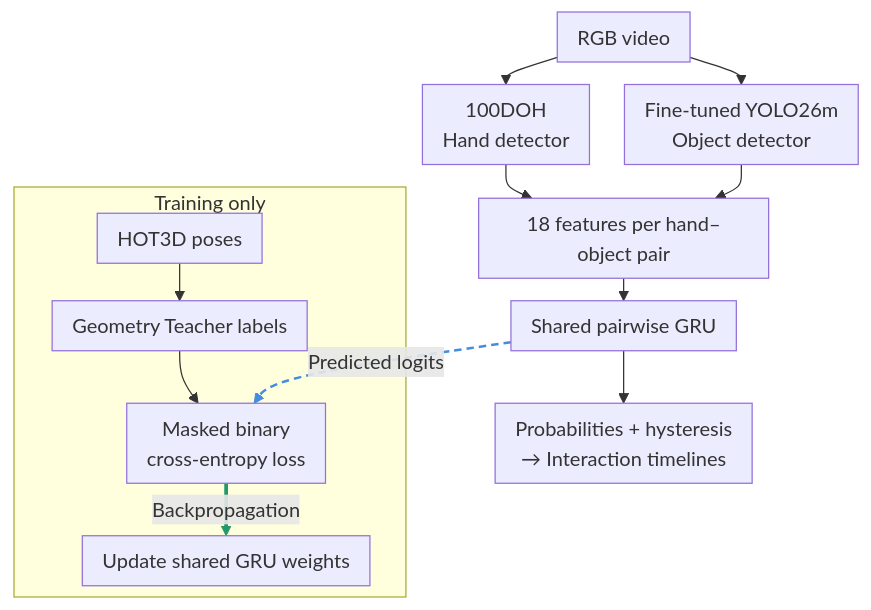
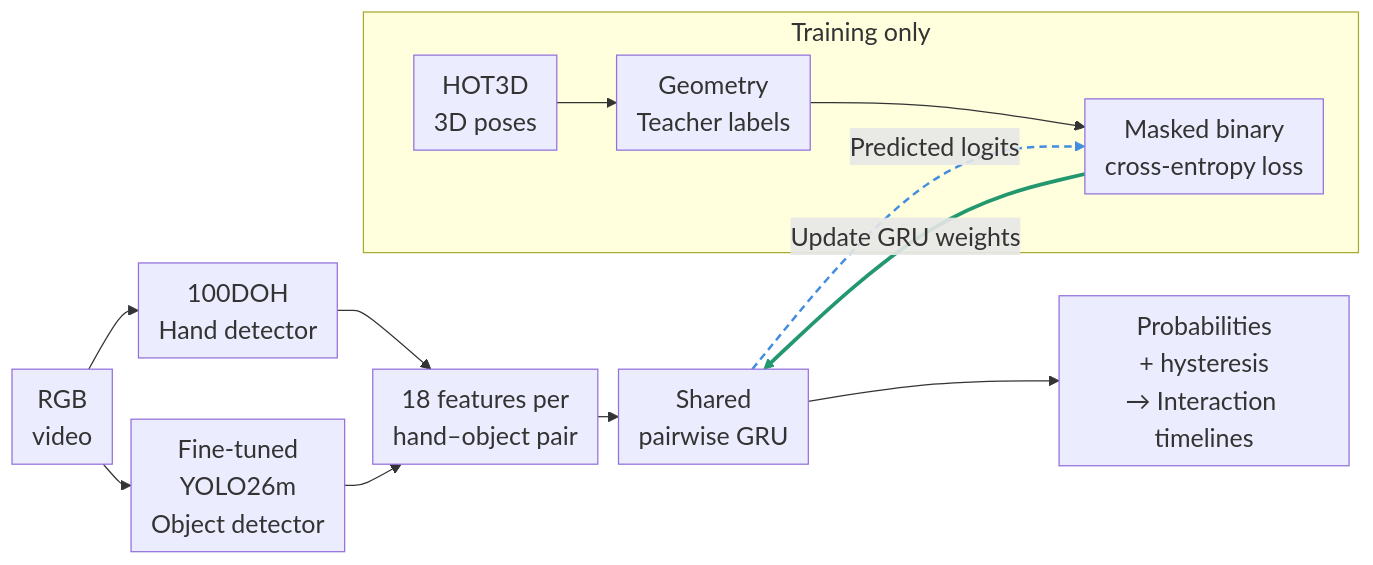
One commit to dheller307/egouse changed the first of 2 diagrams in README.md. Above: the diagram before and after it, drawn with Mermaid.

Commit message:
Restore horizontal architecture flow with clearer loss arrows

````diff
--- a/README.md
+++ b/README.md
@@ -24,21 +24,21 @@
 ```mermaid
-%%{init: {"flowchart": {"nodeSpacing": 28, "rankSpacing": 18, "padding": 8}, "themeVariables": {"fontSize": "16px"}}}%%
-flowchart TB
-    V["RGB video"] --> H["100DOH<br/>Hand detector"]
-    V --> D["Fine-tuned YOLO26m<br/>Object detector"]
-    H --> F["18 features per hand–object pair"]
+%%{init: {"flowchart": {"nodeSpacing": 49, "rankSpacing": 15, "padding": 8}, "themeVariables": {"fontSize": "20px"}}}%%
+flowchart LR
+    V["RGB<br/>video"] --> H["100DOH<br/>Hand detector"]
+    V --> D["Fine-tuned<br/>YOLO26m<br/>Object detector"]
+    H --> F["18 features per<br/>hand–object pair"]
     D --> F
-    F --> G["Shared pairwise GRU"]
-    G --> T["Probabilities + hysteresis<br/>→ Interaction timelines"]
+    F --> G["Shared<br/>pairwise GRU"]
+    G --> T["Probabilities<br/>+ hysteresis<br/>→ Interaction timelines"]
 
     subgraph TRAIN["Training only"]
-        P["HOT3D poses"] --> A["Geometry Teacher labels"]
+        P["HOT3D<br/>3D poses"] --> A["Geometry<br/>Teacher labels"]
         A --> L["Masked binary<br/>cross-entropy loss"]
-        L == Backpropagation ==> U["Update shared GRU weights"]
     end
 
     G -. Predicted logits .-> L
+    L == Update GRU weights ==> G
 
-    linkStyle 8 stroke:#23986e,stroke-width:3px
-    linkStyle 9 stroke:#438de0,stroke-width:2px,stroke-dasharray:6 4
+    linkStyle 9 stroke:#23986e,stroke-width:3px
+    linkStyle 8 stroke:#438de0,stroke-width:2px,stroke-dasharray:6 4
 ```
````
